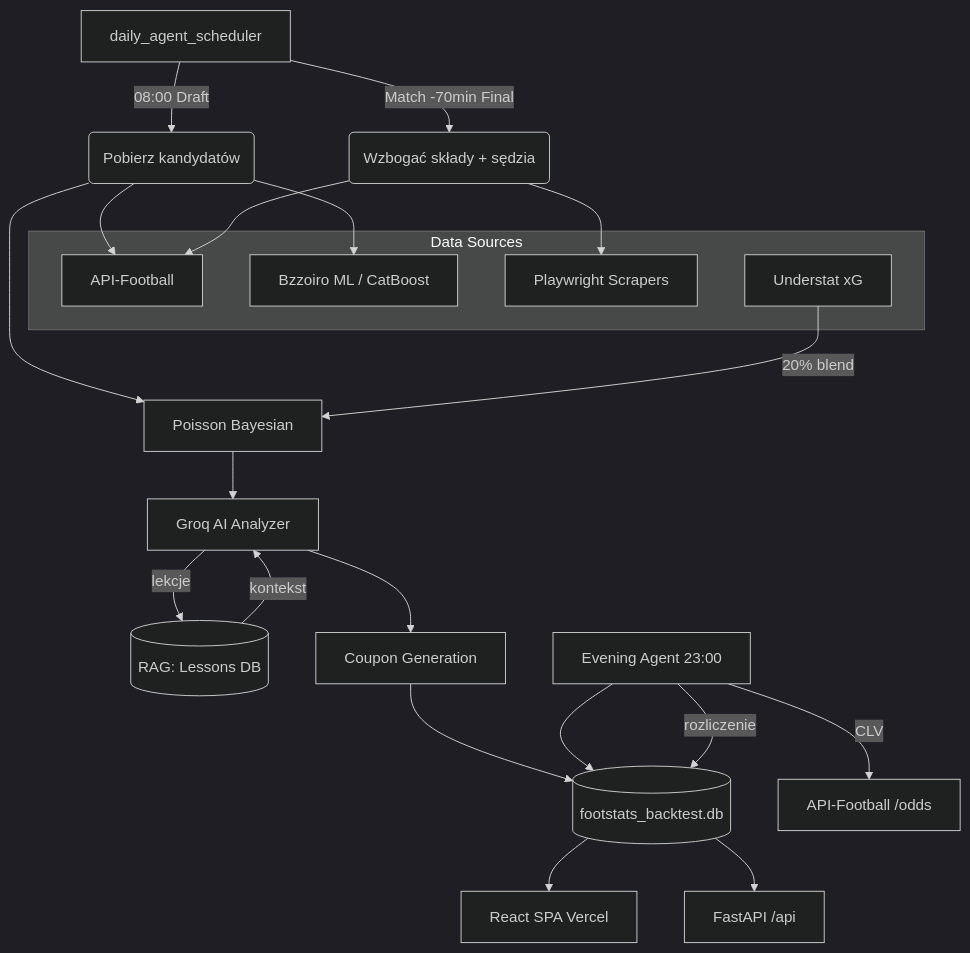
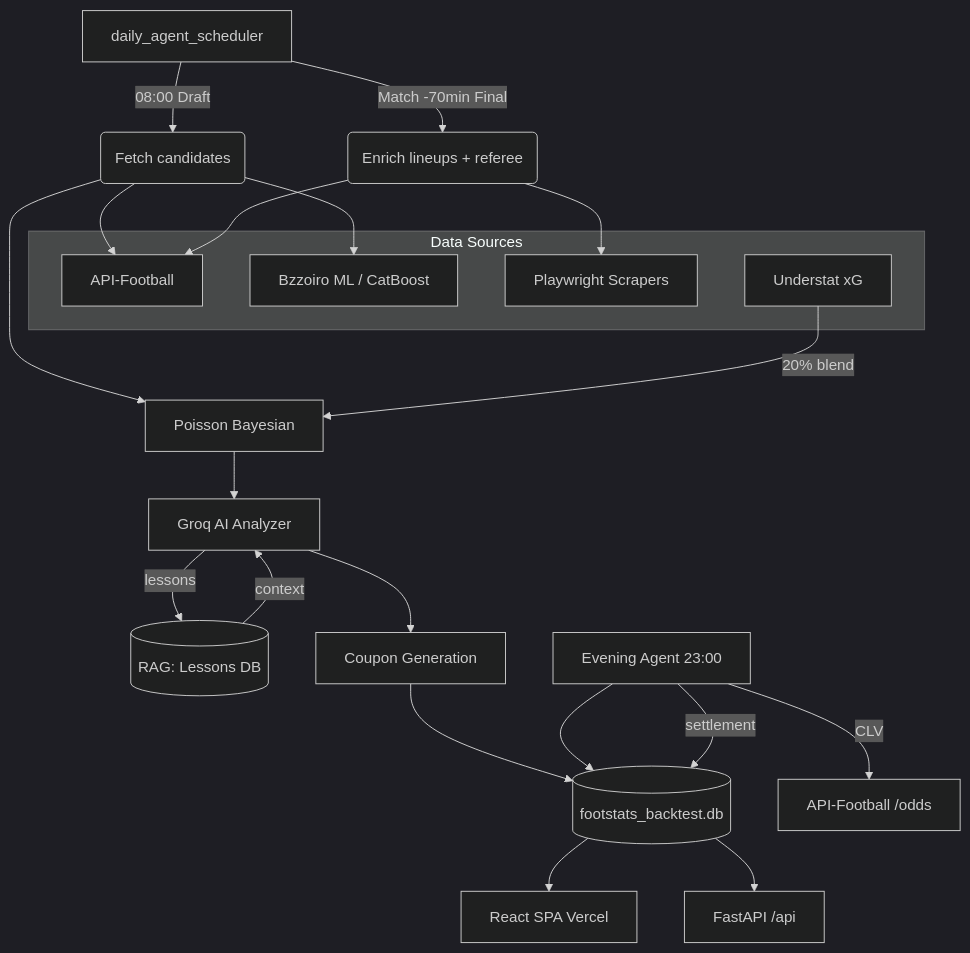
Before and after one commit to Gwiazdka09/Footstats: the diagram in README.md, drawn with Mermaid (dark theme). The commit also changed other lines of this file and 1 other file, not shown here.

````diff
--- a/README.md
+++ b/README.md
@@ -45,31 +47,31 @@
 ```mermaid
 graph TD
-    A[daily_agent_scheduler] -->|08:00 Draft| B(Pobierz kandydatów)
-    A -->|Match -70min Final| C(Wzbogać składy + sędzia)
+    A[daily_agent_scheduler] -->|08:00 Draft| B(Fetch candidates)
+    A -->|Match -70min Final| C(Enrich lineups + referee)
 
     subgraph "Data Sources"
         D[API-Football]
         E[Bzzoiro ML / CatBoost]
         F[Playwright Scrapers]
         G[Understat xG]
     end
 
     B --> D & E
     C --> F & D
 
     B --> H[Poisson Bayesian]
     G -->|20% blend| H
     H --> I[Groq AI Analyzer]
 
-    I -->|lekcje| J[(RAG: Lessons DB)]
-    J -->|kontekst| I
+    I -->|lessons| J[(RAG: Lessons DB)]
+    J -->|context| I
     I --> K[Coupon Generation]
 
     K --> L[(footstats_backtest.db)]
     L --> M[React SPA Vercel]
     L --> N[FastAPI /api]
 
     O[Evening Agent 23:00] --> L
     O -->|CLV| P[API-Football /odds]
-    O -->|rozliczenie| L
+    O -->|settlement| L
 ```
````
